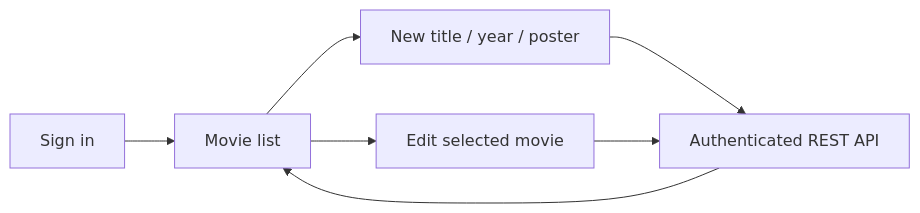
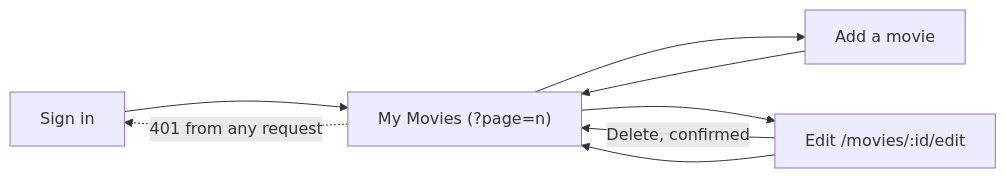
One commit to dev-nezuko/movie-list-monorepo changed the diagram in movies-list-web/README.md. Above: the diagram before and after it, drawn with Mermaid. The commit also changed other lines of this file and 9 other files, not shown here.

````diff
--- a/movies-list-web/README.md
+++ b/movies-list-web/README.md
@@ -28,9 +27,10 @@
 ```mermaid
 flowchart LR
-  S[Sign in] --> L[Movie list]
-  L --> N[New title / year / poster]
-  L --> E[Edit selected movie]
-  N --> A[Authenticated REST API]
-  E --> A
-  A --> L
+  S[Sign in] --> L["My Movies (?page=n)"]
+  L --> N[Add a movie]
+  L --> E["Edit /movies/:id/edit"]
+  E -->|Delete, confirmed| L
+  N --> L
+  E --> L
+  L -. 401 from any request .-> S
 ```
````
